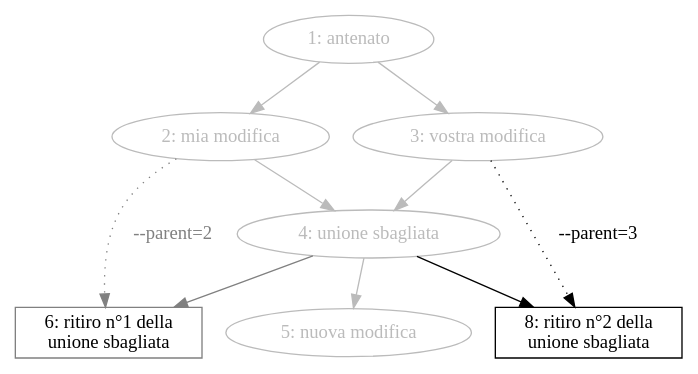
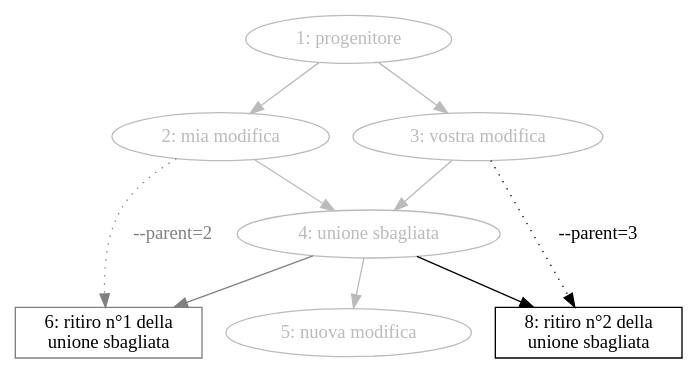
Before and after one commit to paugier/mercurial-book: the diagram in it/figs/bad-merge-3.dot, drawn with Graphviz. The commit also changed 5 other files, not shown here.

```diff
--- a/it/figs/bad-merge-3.dot
+++ b/it/figs/bad-merge-3.dot
@@ -1,22 +1,22 @@
 digraph bad_merge_3 {
-	ancestor [label="1: antenato",color="#bbbbbb",fontcolor="#bbbbbb"];
+	ancestor [label="1: progenitore",color="#bbbbbb",fontcolor="#bbbbbb"];
 	left [label="2: mia modifica",color="#bbbbbb",fontcolor="#bbbbbb"];
 	right [label="3: vostra modifica",color="#bbbbbb",fontcolor="#bbbbbb"];
 	bad [label="4: unione sbagliata",color="#bbbbbb",fontcolor="#bbbbbb"];
 	new [label="5: nuova modifica",color="#bbbbbb",fontcolor="#bbbbbb"];
 
 	bak_left [label="6: ritiro n°1 della\nunione sbagliata",color=grey,shape=box];
 	bak_right [label="8: ritiro n°2 della\nunione sbagliata",shape=box];
 
 	ancestor -> left [color="#bbbbbb"];
 	ancestor -> right [color="#bbbbbb"];
 	left -> bad [color="#bbbbbb"];
 	right -> bad [color="#bbbbbb"];
 	bad -> new [color="#bbbbbb"];
 
 	bad -> bak_left [color=grey];
 	left -> bak_left [style=dotted,label="--parent=2",color=grey,fontcolor=grey];
 
 	bad -> bak_right;
 	right -> bak_right [style=dotted,label="--parent=3"];
 }
```
